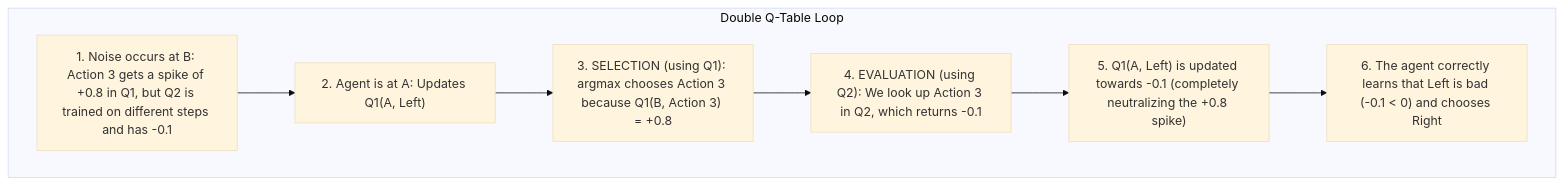
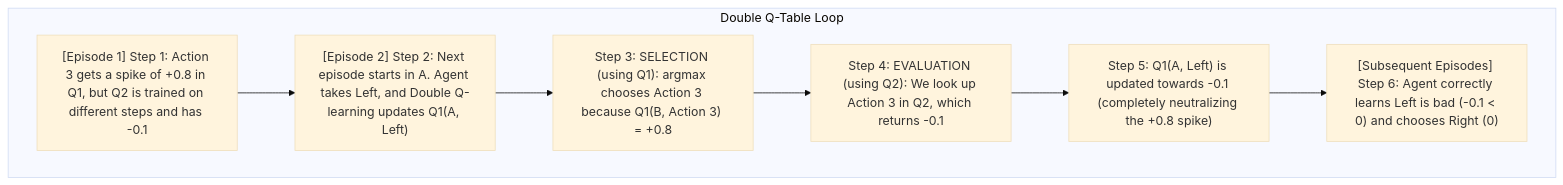
The seventh of 8 diagrams in barto-sutton-notes/lecture5-td/lecture5-td.md (samratkar/drl), drawn with Mermaid (base theme) before and after one commit. The commit also changed other lines of this file, not shown here.

````diff
--- a/barto-sutton-notes/lecture5-td/lecture5-td.md
+++ b/barto-sutton-notes/lecture5-td/lecture5-td.md
@@ -1241,10 +1241,10 @@
 ```mermaid
 graph TD
     subgraph Double Q-Table Loop
-        D1[1. Noise occurs at B: Action 3 gets a spike of +0.8 in Q1, but Q2 is trained on different steps and has -0.1] --> D2["2. Agent is at A: Updates Q1(A, Left)"]
-        D2 --> D3["3. SELECTION (using Q1): argmax chooses Action 3 because Q1(B, Action 3) = +0.8"]
-        D3 --> D4["4. EVALUATION (using Q2): We look up Action 3 in Q2, which returns -0.1"]
-        D4 --> D5["5. Q1(A, Left) is updated towards -0.1 (completely neutralizing the +0.8 spike)"]
-        D5 --> D6["6. The agent correctly learns that Left is bad (-0.1 < 0) and chooses Right"]
+        D1["[Episode 1] Step 1: Action 3 gets a spike of +0.8 in Q1, but Q2 is trained on different steps and has -0.1"] --> D2["[Episode 2] Step 2: Next episode starts in A. Agent takes Left, and Double Q-learning updates Q1(A, Left)"]
+        D2 --> D3["Step 3: SELECTION (using Q1): argmax chooses Action 3 because Q1(B, Action 3) = +0.8"]
+        D3 --> D4["Step 4: EVALUATION (using Q2): We look up Action 3 in Q2, which returns -0.1"]
+        D4 --> D5["Step 5: Q1(A, Left) is updated towards -0.1 (completely neutralizing the +0.8 spike)"]
+        D5 --> D6["[Subsequent Episodes] Step 6: Agent correctly learns Left is bad (-0.1 < 0) and chooses Right (0)"]
     end
 ```
````
